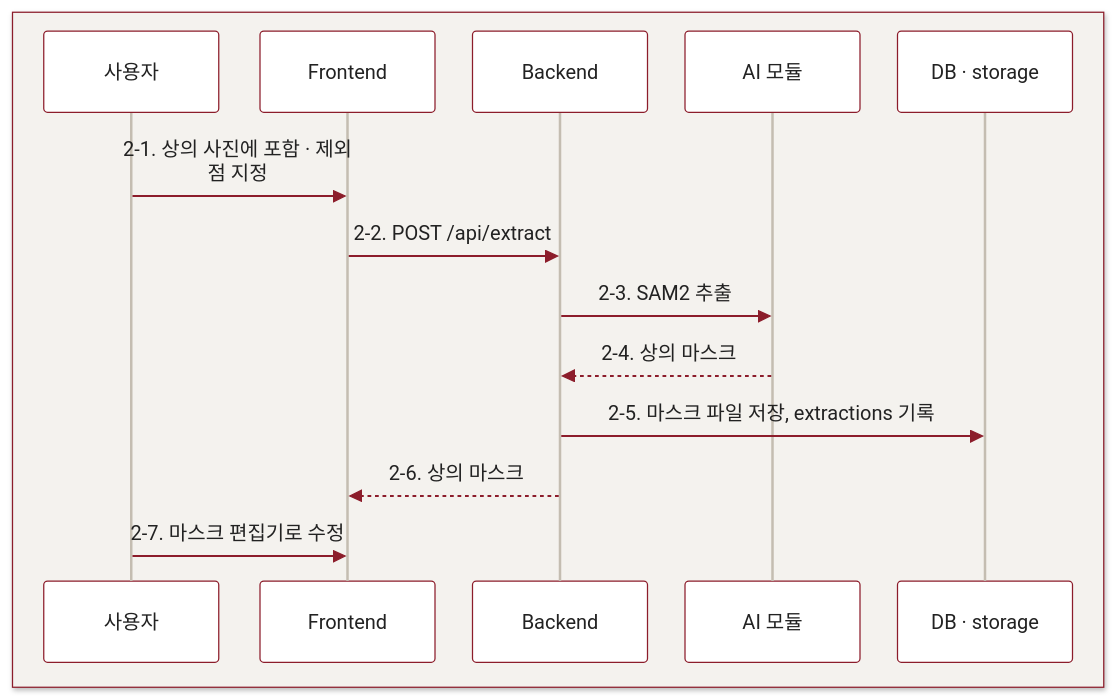
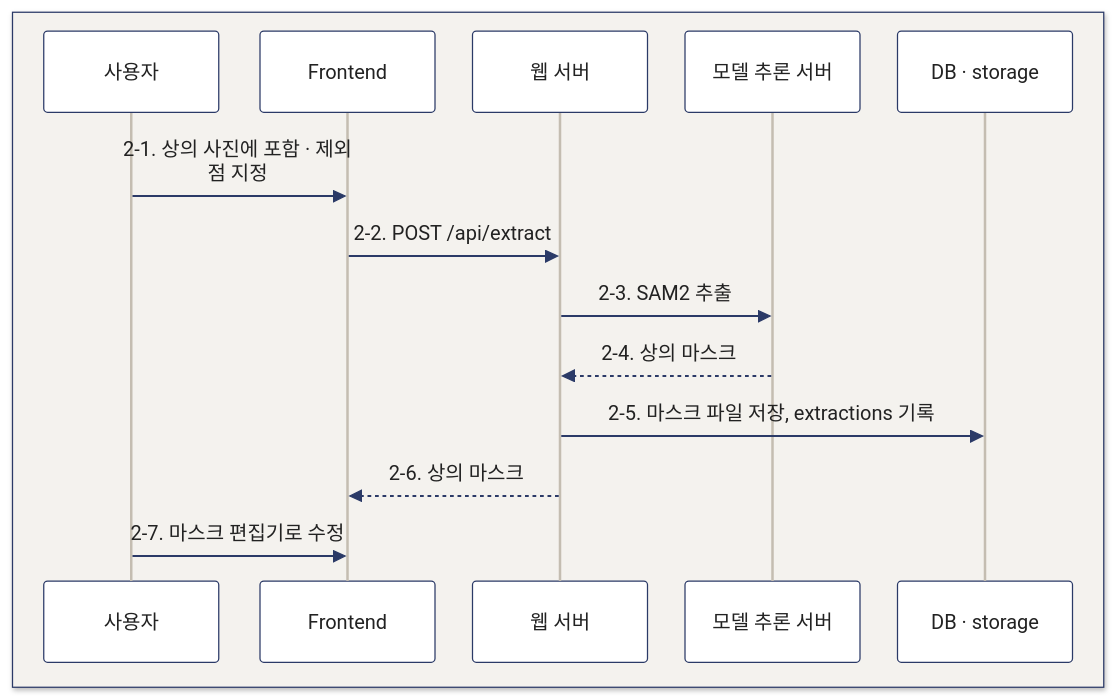
Before and after one commit to Jenny5789/CGI_MOA: the third of 6 diagrams in README.md, drawn with Mermaid. The commit also changed other lines of this file and 17 other files, not shown here.

````diff
--- a/README.md
+++ b/README.md
@@ -263,18 +210,18 @@
 ```mermaid
-%%{init: {'theme':'base','themeVariables':{'fontSize':'18px','primaryColor':'#ffffff','primaryBorderColor':'#8c1d2b','primaryTextColor':'#222222','textColor':'#222222','lineColor':'#8c1d2b','mainBkg':'#ffffff','nodeBorder':'#8c1d2b','secondaryColor':'#f4f2ee','tertiaryColor':'#f4f2ee','edgeLabelBackground':'#f4f2ee','actorBkg':'#ffffff','actorBorder':'#8c1d2b','actorTextColor':'#222222','actorLineColor':'#c4bdb1','signalColor':'#8c1d2b','signalTextColor':'#222222','labelBoxBkgColor':'#ffffff','labelBoxBorderColor':'#8c1d2b','labelTextColor':'#222222','loopTextColor':'#222222','noteBkgColor':'#ffffff','noteBorderColor':'#8c1d2b','noteTextColor':'#222222'},'sequence':{'actorMargin':30,'width':140,'wrap':true}}}%%
+%%{init: {'theme':'base','themeVariables':{'fontSize':'18px','primaryColor':'#ffffff','primaryBorderColor':'#2b3a67','primaryTextColor':'#222222','textColor':'#222222','lineColor':'#2b3a67','mainBkg':'#ffffff','nodeBorder':'#2b3a67','secondaryColor':'#f4f2ee','tertiaryColor':'#f4f2ee','edgeLabelBackground':'#f4f2ee','actorBkg':'#ffffff','actorBorder':'#2b3a67','actorTextColor':'#222222','actorLineColor':'#c4bdb1','signalColor':'#2b3a67','signalTextColor':'#222222','labelBoxBkgColor':'#ffffff','labelBoxBorderColor':'#2b3a67','labelTextColor':'#222222','loopTextColor':'#222222','noteBkgColor':'#ffffff','noteBorderColor':'#2b3a67','noteTextColor':'#222222'},'sequence':{'actorMargin':30,'width':140,'wrap':true}}}%%
 sequenceDiagram
     box rgb(244,242,238)
         participant U as 사용자
         participant F as Frontend
-        participant B as Backend
-        participant A as AI 모듈
+        participant B as 웹 서버
+        participant A as 모델 추론 서버
         participant S as DB · storage
     end
     U->>F: 2-1. 상의 사진에 포함 · 제외 점 지정
     F->>B: 2-2. POST /api/extract
     B->>A: 2-3. SAM2 추출
     A-->>B: 2-4. 상의 마스크
     B->>S: 2-5. 마스크 파일 저장, extractions 기록
     B-->>F: 2-6. 상의 마스크
     U->>F: 2-7. 마스크 편집기로 수정
 ```
````
